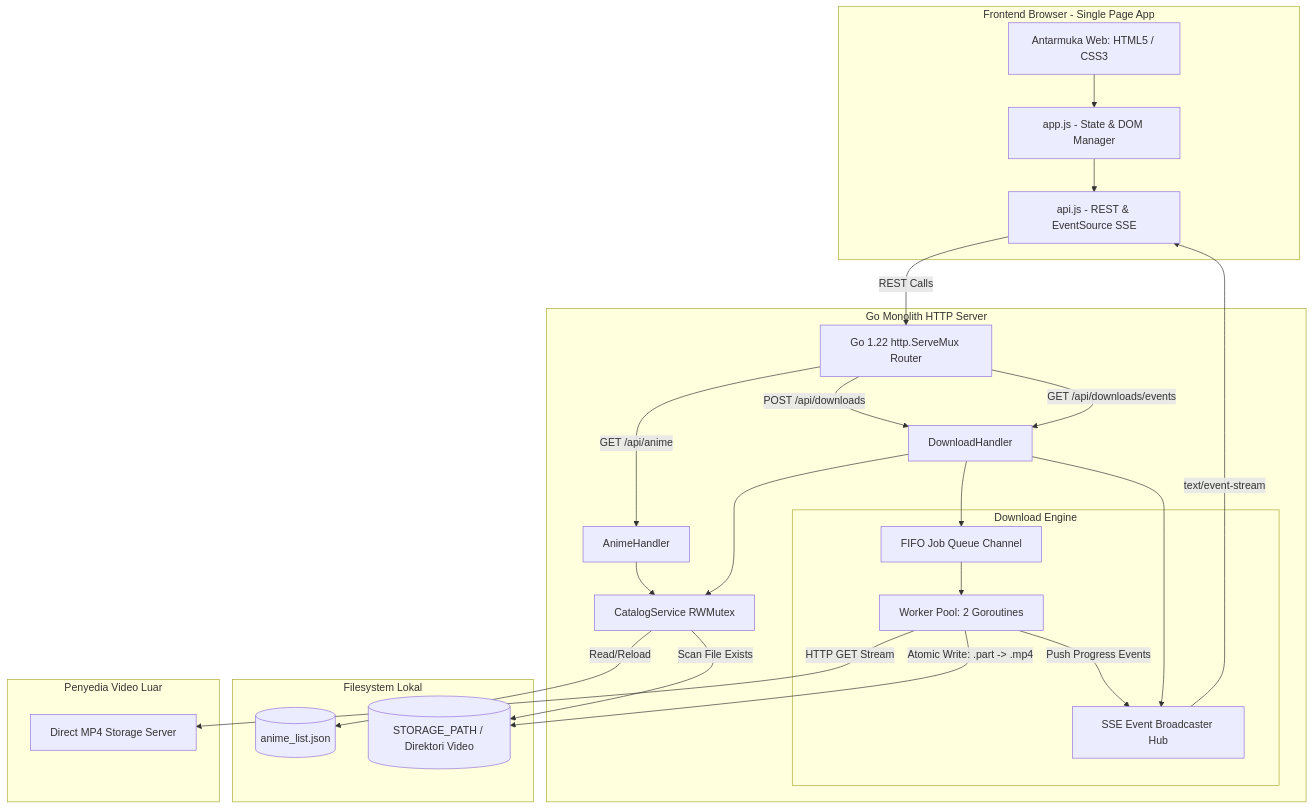
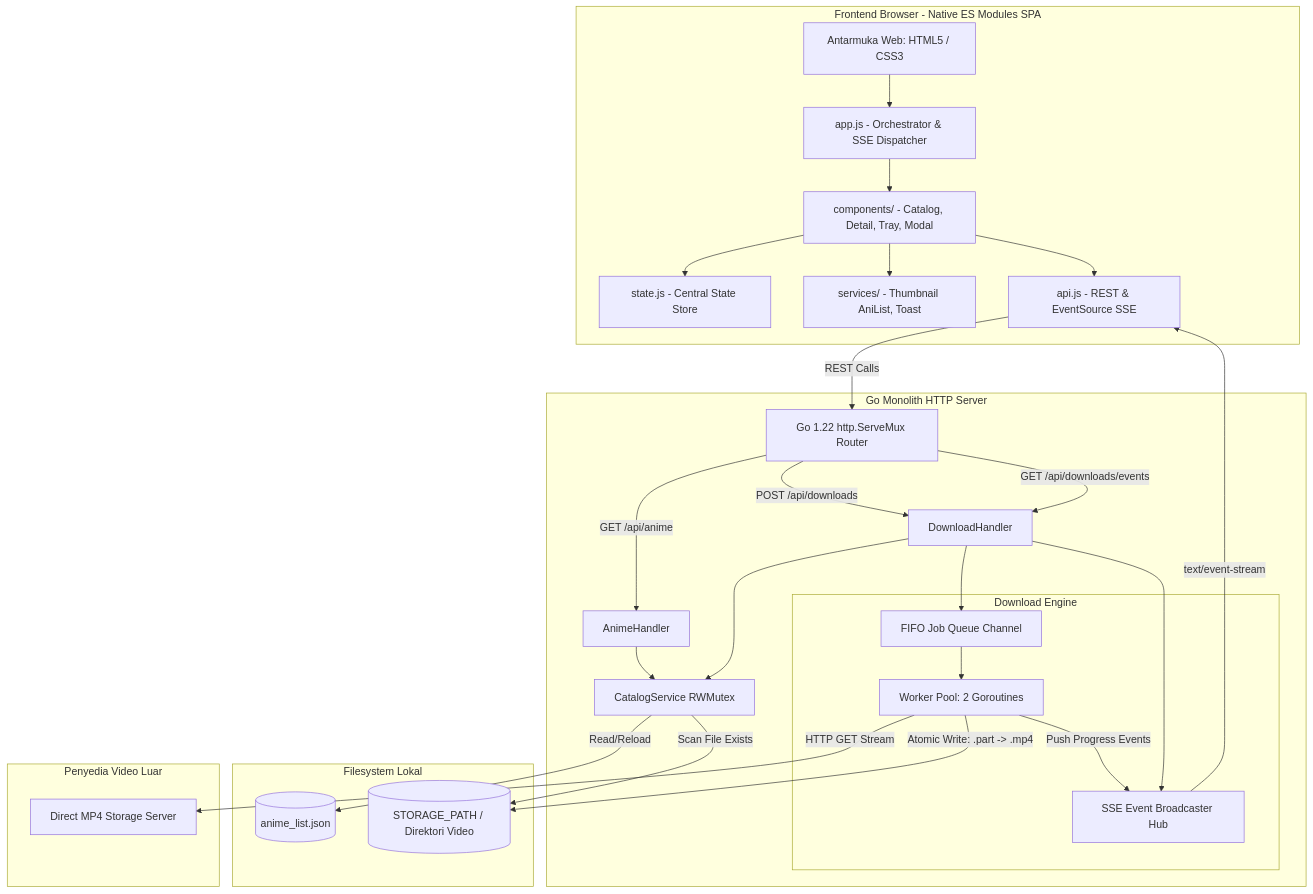
One commit to Hdeee1/anime-download changed the diagram in docs/architecture.md. Above: the diagram before and after it, drawn with Mermaid. The commit also changed other lines of this file and 1 other file, not shown here.

Commit message:
docs: update architecture diagram and directory tree for native ES modules

````diff
--- a/docs/architecture.md
+++ b/docs/architecture.md
@@ -9,54 +9,59 @@
 ```mermaid
 graph TD
-    subgraph Client [Frontend Browser - Single Page App]
+    subgraph Client [Frontend Browser - Native ES Modules SPA]
         UI[Antarmuka Web: HTML5 / CSS3]
-        AppLogic[app.js - State & DOM Manager]
+        AppOrch[app.js - Orchestrator & SSE Dispatcher]
+        StateStore[state.js - Central State Store]
+        UIComp[components/ - Catalog, Detail, Tray, Modal]
+        Services[services/ - Thumbnail AniList, Toast]
         APIClient[api.js - REST & EventSource SSE]
+        
+        UI --> AppOrch
+        AppOrch --> UIComp
+        UIComp --> StateStore
+        UIComp --> Services
+        UIComp --> APIClient
     end
 
     subgraph GoServer [Go Monolith HTTP Server]
         Router[Go 1.22 http.ServeMux Router]
         AnimeHdl[AnimeHandler]
         DownloadHdl[DownloadHandler]
         
         CatalogSvc[CatalogService RWMutex]
         
         subgraph DownloadEngine [Download Engine]
             Queue[FIFO Job Queue Channel]
             WorkerPool[Worker Pool: 2 Goroutines]
             SSEHub[SSE Event Broadcaster Hub]
         end
     end
 
     subgraph Storage [Filesystem Lokal]
         JSONFile[(anime_list.json)]
         VideoDisk[(STORAGE_PATH / Direktori Video)]
     end
 
     subgraph Remote [Penyedia Video Luar]
         CDN[Direct MP4 Storage Server]
     end
-
-    %% Client Interactions
-    UI --> AppLogic
-    AppLogic --> APIClient
     APIClient -->|REST Calls| Router
     Router -->|GET /api/anime| AnimeHdl
     Router -->|POST /api/downloads| DownloadHdl
     Router -->|GET /api/downloads/events| DownloadHdl
 
     %% Service Connections
     AnimeHdl --> CatalogSvc
     DownloadHdl --> CatalogSvc
     DownloadHdl --> Queue
     DownloadHdl --> SSEHub
     CatalogSvc -->|Read/Reload| JSONFile
     CatalogSvc -->|Scan File Exists| VideoDisk
 
     %% Downloader Connections
     Queue --> WorkerPool
     WorkerPool -->|HTTP GET Stream| CDN
     WorkerPool -->|Atomic Write: .part -> .mp4| VideoDisk
     WorkerPool -->|Push Progress Events| SSEHub
     SSEHub -->|text/event-stream| APIClient
 ```
````
